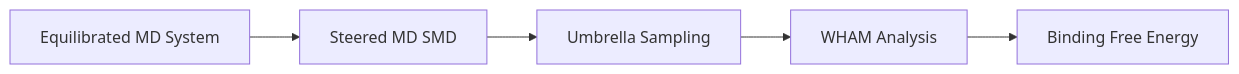
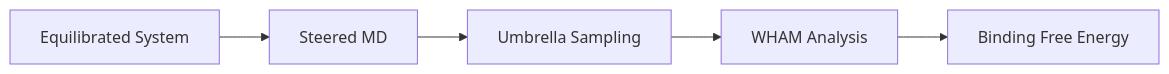
One commit to AIB100/PRISM-Tutorial changed the diagram in docs/user-guide/pmf-calculations.md. Above: the diagram before and after it, drawn with Mermaid. The commit also changed other lines of this file and 97 other files, not shown here.

````diff
--- a/docs/user-guide/pmf-calculations.md
+++ b/docs/user-guide/pmf-calculations.md
@@ -14,7 +17,7 @@
 ```mermaid
 graph LR
-    A[Equilibrated MD System] --> B[Steered MD SMD]
+    A[Equilibrated System] --> B[Steered MD]
     B --> C[Umbrella Sampling]
     C --> D[WHAM Analysis]
     D --> E[Binding Free Energy]
 ```
````
